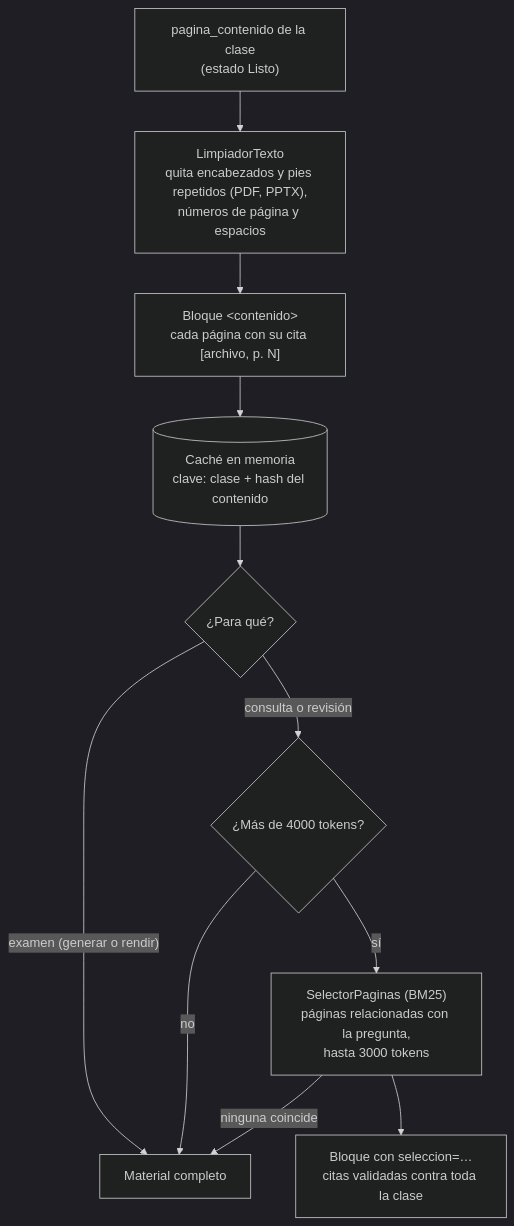
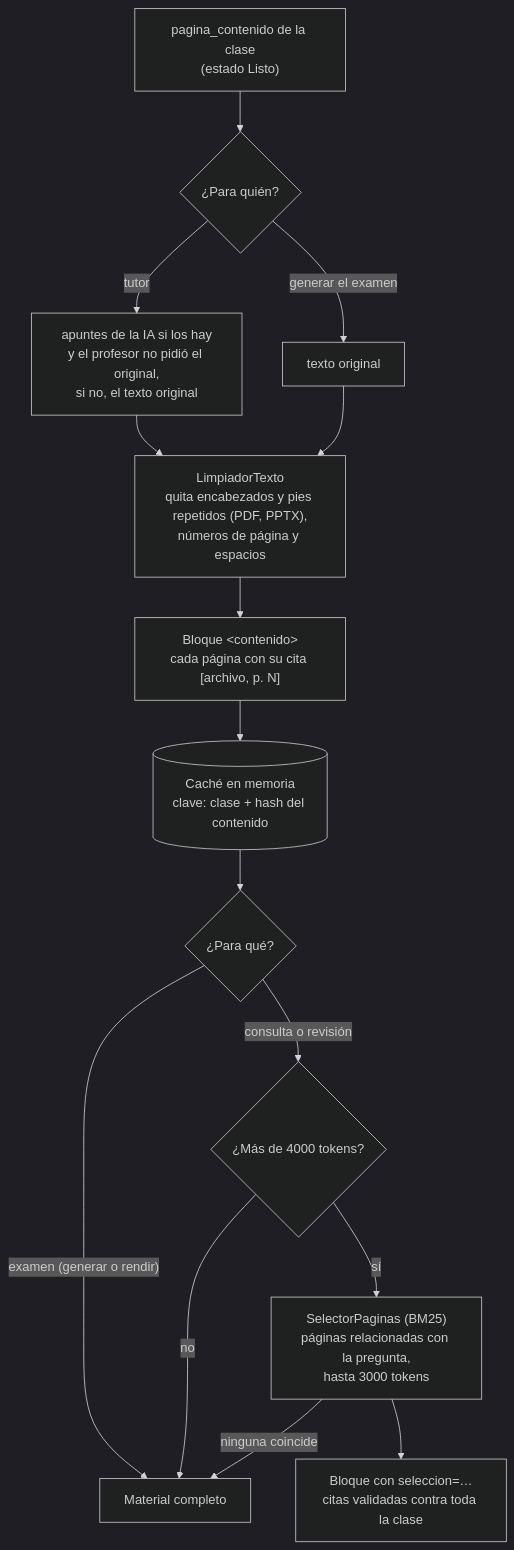
The eighth of 10 diagrams in specs/SDD-Plataforma-Evaluacion-PreClase.md (hideakiuchida/TutorPre), drawn with Mermaid (dark theme) before and after one commit. The commit also changed other lines of this file and 25 other files, not shown here.

````diff
--- a/specs/SDD-Plataforma-Evaluacion-PreClase.md
+++ b/specs/SDD-Plataforma-Evaluacion-PreClase.md
@@ -653,13 +705,17 @@
 ```mermaid
 flowchart TD
-    A["pagina_contenido de la clase<br/>(estado Listo)"] --> B["LimpiadorTexto<br/>quita encabezados y pies repetidos (PDF, PPTX),<br/>números de página y espacios"]
+    A["pagina_contenido de la clase<br/>(estado Listo)"] --> AA{"¿Para quién?"}
+    AA -- "tutor" --> AB["apuntes de la IA si los hay<br/>y el profesor no pidió el original,<br/>si no, el texto original"]
+    AA -- "generar el examen" --> AC["texto original"]
+    AB --> B
+    AC --> B["LimpiadorTexto<br/>quita encabezados y pies repetidos (PDF, PPTX),<br/>números de página y espacios"]
     B --> C["Bloque &lt;contenido&gt;<br/>cada página con su cita [archivo, p. N]"]
     C --> D[("Caché en memoria<br/>clave: clase + hash del contenido")]
     D --> E{"¿Para qué?"}
     E -- "examen (generar o rendir)" --> F["Material completo"]
     E -- "consulta o revisión" --> G{"¿Más de 4000 tokens?"}
     G -- no --> F
     G -- sí --> H["SelectorPaginas (BM25)<br/>páginas relacionadas con la pregunta,<br/>hasta 3000 tokens"]
     H -- "ninguna coincide" --> F
     H --> I["Bloque con seleccion=…<br/>citas validadas contra toda la clase"]
 ```
````
